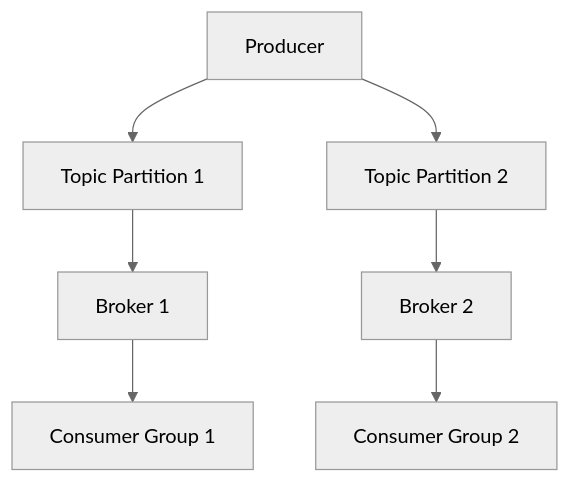
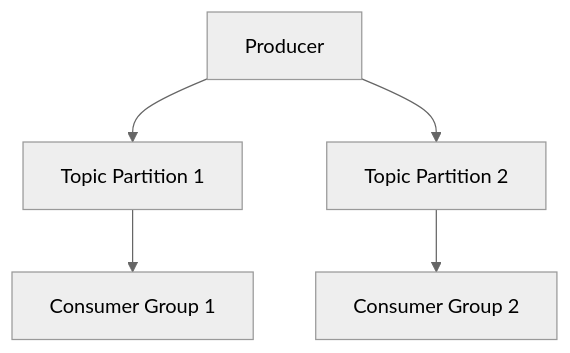
One commit to VrushankPatel/interview-matters changed the diagram in event-streaming-with-apache-kafka/README.md. Above: the diagram before and after it, drawn with Mermaid (neutral theme). The commit also changed other lines of this file and 3 other files, not shown here.

````diff
--- a/event-streaming-with-apache-kafka/README.md
+++ b/event-streaming-with-apache-kafka/README.md
@@ -26,9 +81,7 @@
 ```mermaid
 graph TD
-    A[Producer] --> B[Topic Partition 1]
-    A --> C[Topic Partition 2]
-    B --> D[Broker 1]
-    C --> E[Broker 2]
-    D --> F[Consumer Group 1]
-    E --> G[Consumer Group 2]
+A[Producer] --> B[Topic Partition 1]
+A --> C[Topic Partition 2]
+B --> D[Consumer Group 1]
+C --> E[Consumer Group 2]
 ```
````
